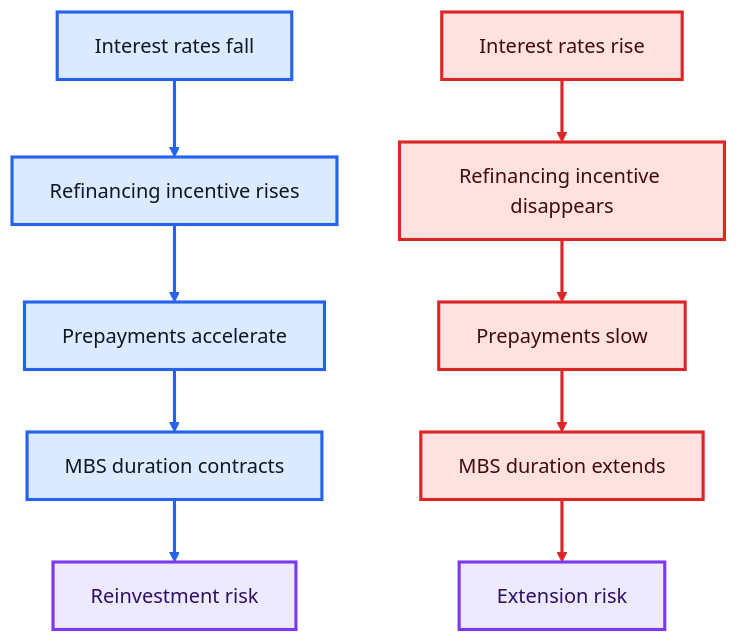
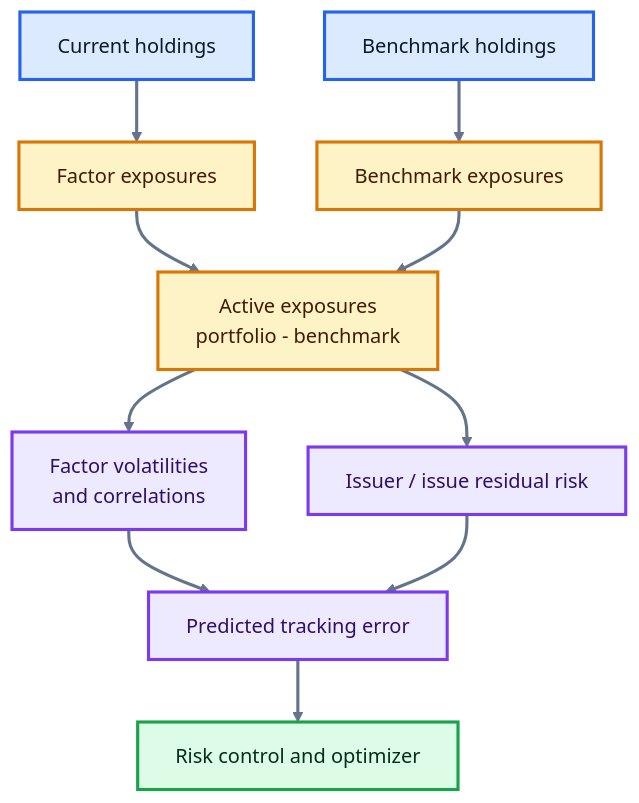
One commit to AliBoloor/BUS411 changed the third of 4 diagrams in lecture_notes/lec6.qmd. Above: the diagram before and after it, drawn with Mermaid. The commit also changed other lines of this file and 1 other file, not shown here.

````diff
--- a/lecture_notes/lec6.qmd
+++ b/lecture_notes/lec6.qmd
@@ -819,20 +494,22 @@
 ```{mermaid}
 %%{init: {"theme": "base", "themeVariables": {"fontFamily": "Inter, Arial, sans-serif", "lineColor": "#64748b"}}}%%
 flowchart TB
-  A["Interest rates fall"] --> B["Refinancing incentive rises"]
-  B --> C["Prepayments accelerate"]
-  C --> D["MBS duration contracts"]
-  D --> E["Reinvestment risk"]
-  F["Interest rates rise"] --> G["Refinancing incentive disappears"]
-  G --> H["Prepayments slow"]
-  H --> I["MBS duration extends"]
-  I --> J["Extension risk"]
-  classDef fall fill:#dbeafe,stroke:#2563eb,stroke-width:2.5px,color:#0f172a;
-  classDef rise fill:#fee2e2,stroke:#dc2626,stroke-width:2.5px,color:#450a0a;
-  classDef risk fill:#ede9fe,stroke:#7c3aed,stroke-width:2.5px,color:#2e1065;
-  class A,B,C,D fall;
-  class F,G,H,I rise;
-  class E,J risk;
-  linkStyle 0,1,2,3 stroke:#2563eb,stroke-width:2.5px;
-  linkStyle 4,5,6,7 stroke:#dc2626,stroke-width:2.5px;
+  A["Current holdings"] --> C["Factor exposures"]
+  B["Benchmark holdings"] --> D["Benchmark exposures"]
+  C --> E["Active exposures<br/>portfolio - benchmark"]
+  D --> E
+  E --> F["Factor volatilities<br/>and correlations"]
+  E --> G["Issuer / issue residual risk"]
+  F --> H["Predicted tracking error"]
+  G --> H
+  H --> I["Risk control and optimizer"]
+  classDef holdings fill:#dbeafe,stroke:#2563eb,stroke-width:2.5px,color:#0f172a;
+  classDef exposure fill:#fef3c7,stroke:#d97706,stroke-width:2.5px,color:#451a03;
+  classDef model fill:#ede9fe,stroke:#7c3aed,stroke-width:2.5px,color:#2e1065;
+  classDef result fill:#dcfce7,stroke:#16a34a,stroke-width:2.5px,color:#052e16;
+  class A,B holdings;
+  class C,D,E exposure;
+  class F,G,H model;
+  class I result;
+  linkStyle default stroke:#64748b,stroke-width:2.5px;
 ```
````
